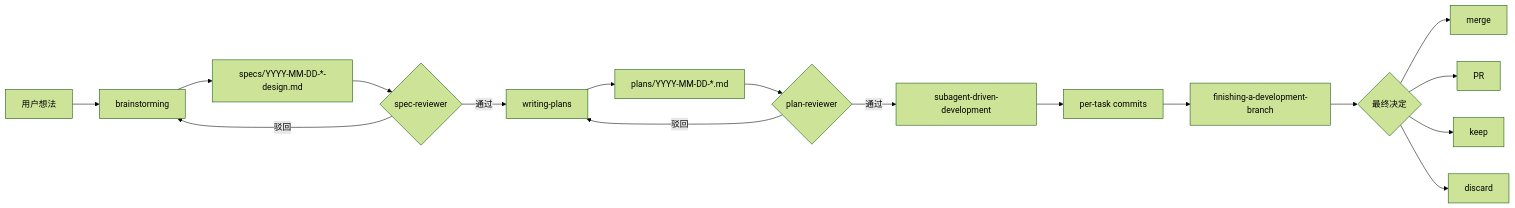
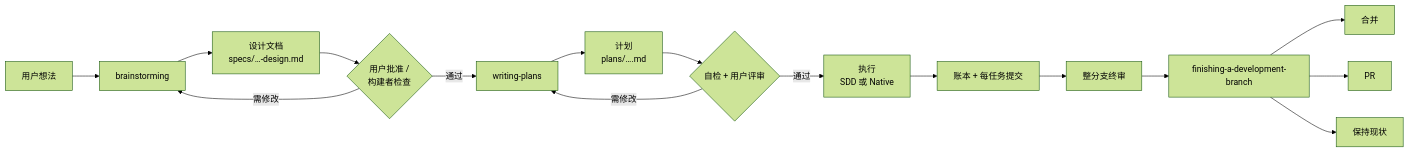
One commit to yongnianliu/superpowers changed the fifth of 5 diagrams in docs/zh/02-architecture.md. Above: the diagram before and after it, drawn with Mermaid (forest theme). The commit also changed other lines of this file and 12 other files, not shown here.

````diff
--- a/docs/zh/02-architecture.md
+++ b/docs/zh/02-architecture.md
@@ -180,19 +210,18 @@
 ```mermaid
 flowchart LR
     A[用户想法] --> B[brainstorming]
-    B --> C["specs/YYYY-MM-DD-*-design.md"]
-    C --> D{spec-reviewer}
+    B --> C["设计文档<br/>specs/…-design.md"]
+    C --> D{用户批准 /<br/>构建者检查}
     D -->|通过| E[writing-plans]
-    D -->|驳回| B
-    E --> F["plans/YYYY-MM-DD-*.md"]
-    F --> G{plan-reviewer}
-    G -->|通过| H[subagent-driven-development]
-    G -->|驳回| E
-    H --> I[per-task commits]
-    I --> J[finishing-a-development-branch]
-    J --> K{最终决定}
-    K --> L[merge]
+    D -->|需修改| B
+    E --> F["计划<br/>plans/….md"]
+    F --> G{自检 + 用户评审}
+    G -->|通过| H["执行<br/>SDD 或 Native"]
+    G -->|需修改| E
+    H --> I["账本 + 每任务提交"]
+    I --> J[整分支终审]
+    J --> K[finishing-a-development-branch]
+    K --> L[合并]
     K --> M[PR]
-    K --> N[keep]
-    K --> O[discard]
+    K --> N[保持现状]
 ```
````
